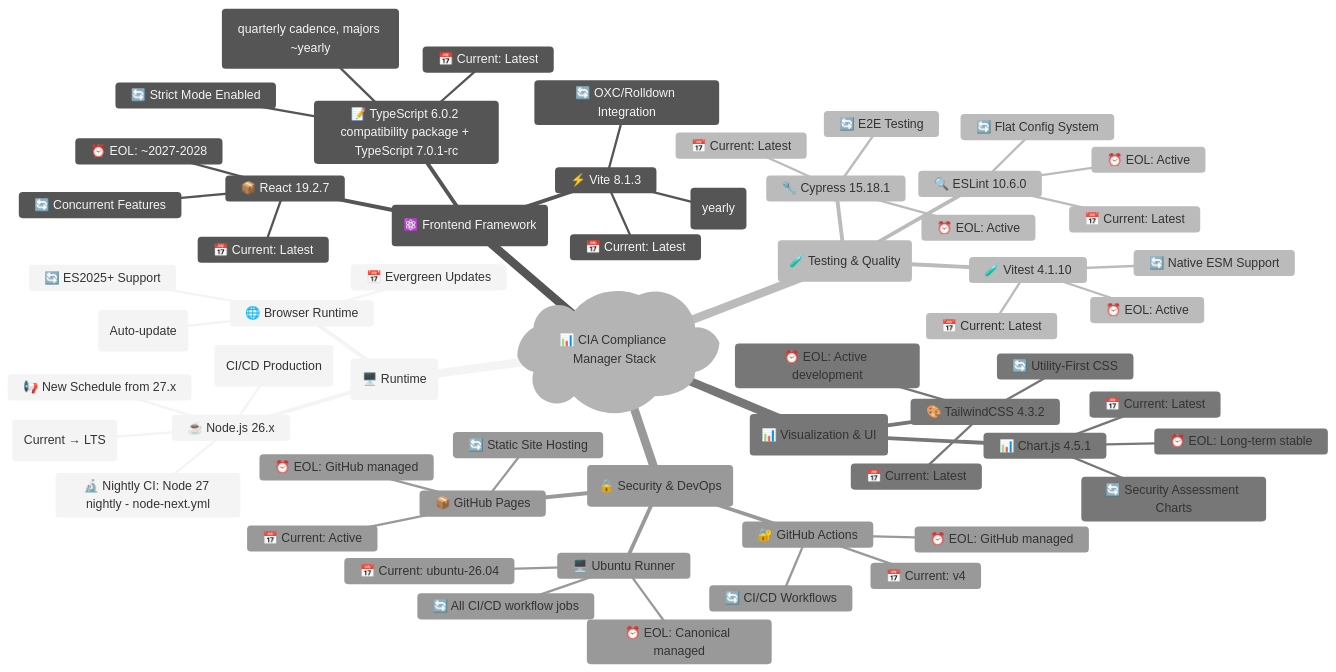
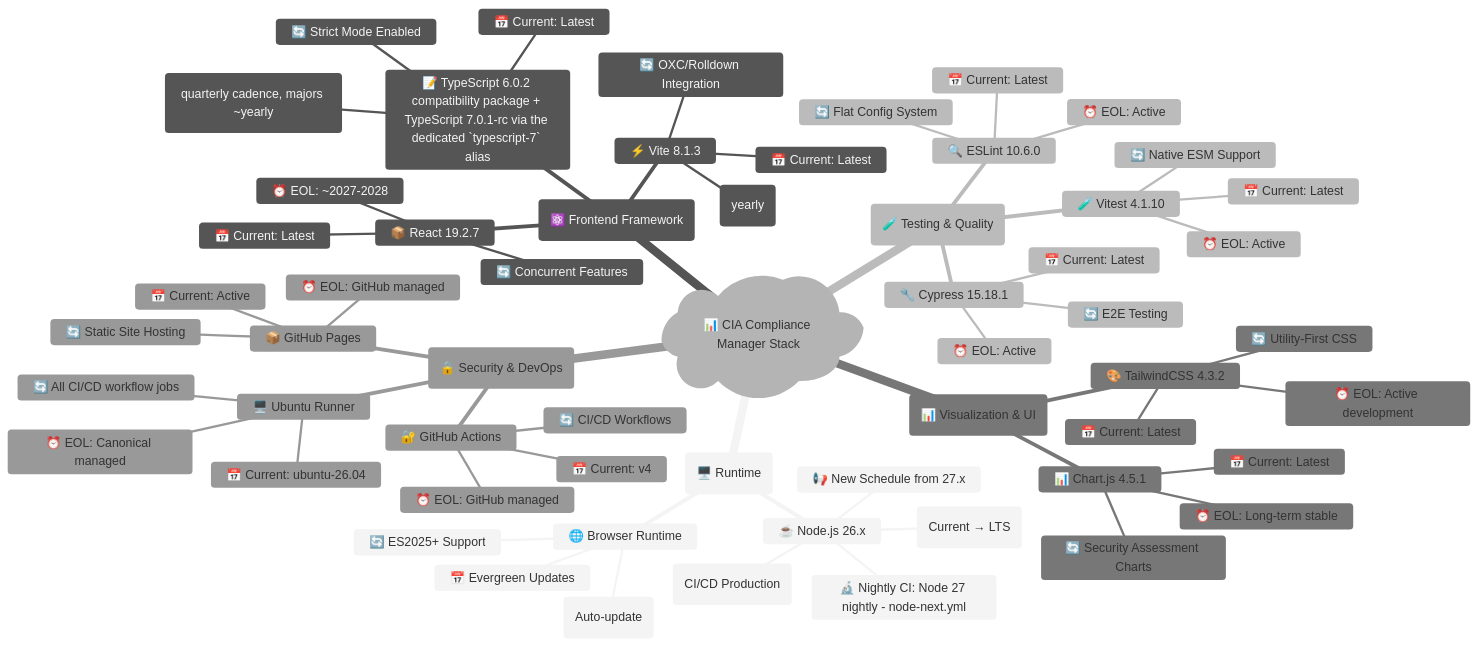
One commit to Hack23/cia-compliance-manager changed the first of 9 diagrams in docs/End-of-Life-Strategy.md. Above: the diagram before and after it, drawn with Mermaid. The commit also changed other lines of this file and 3 other files, not shown here.

````diff
--- a/docs/End-of-Life-Strategy.md
+++ b/docs/End-of-Life-Strategy.md
@@ -51,63 +51,63 @@
 ```mermaid
 %%{init: {"theme": "neutral"}}%%
 mindmap
   root)📊 CIA Compliance Manager Stack(
     (🖥️ Runtime)
       ☕ Node.js 26.x
         📅 Current: 26.x (CI/CD Production)
         ⏰ Node 26 LTS: Oct 2026 (Current → LTS)
         🔬 Nightly CI: Node 27 nightly - node-next.yml
         📢 New Schedule from 27.x
       🌐 Browser Runtime
         📅 Evergreen Updates
         ⏰ EOL: N/A (Auto-update)
         🔄 ES2025+ Support
     (⚛️ Frontend Framework)
       📦 React 19.2.7
         📅 Current: Latest
         ⏰ EOL: ~2027-2028
         🔄 Concurrent Features
-      📝 TypeScript 6.0.2 compatibility package + TypeScript 7.0.1-rc
+      📝 TypeScript 6.0.2 compatibility package + TypeScript 7.0.1-rc via the dedicated `typescript-7` alias
         📅 Current: Latest
         ⏰ EOL: Active (quarterly cadence, majors ~yearly)
         🔄 Strict Mode Enabled
       ⚡ Vite 8.1.3
         📅 Current: Latest
         ⏰ EOL: Active (yearly)
         🔄 OXC/Rolldown Integration
     (🧪 Testing & Quality)
       🧪 Vitest 4.1.10
         📅 Current: Latest
         ⏰ EOL: Active
         🔄 Native ESM Support
       🔧 Cypress 15.18.1
         📅 Current: Latest
         ⏰ EOL: Active
         🔄 E2E Testing
       🔍 ESLint 10.6.0
         📅 Current: Latest
         ⏰ EOL: Active
         🔄 Flat Config System
     (📊 Visualization & UI)
       📊 Chart.js 4.5.1
         📅 Current: Latest
         ⏰ EOL: Long-term stable
         🔄 Security Assessment Charts
       🎨 TailwindCSS 4.3.2
         📅 Current: Latest
         ⏰ EOL: Active development
         🔄 Utility-First CSS
     (🔒 Security & DevOps)
       🔐 GitHub Actions
         📅 Current: v4
         ⏰ EOL: GitHub managed
         🔄 CI/CD Workflows
       🖥️ Ubuntu Runner
         📅 Current: ubuntu-26.04
         ⏰ EOL: Canonical managed
         🔄 All CI/CD workflow jobs
       📦 GitHub Pages
         📅 Current: Active
         ⏰ EOL: GitHub managed
         🔄 Static Site Hosting
 ```
````
